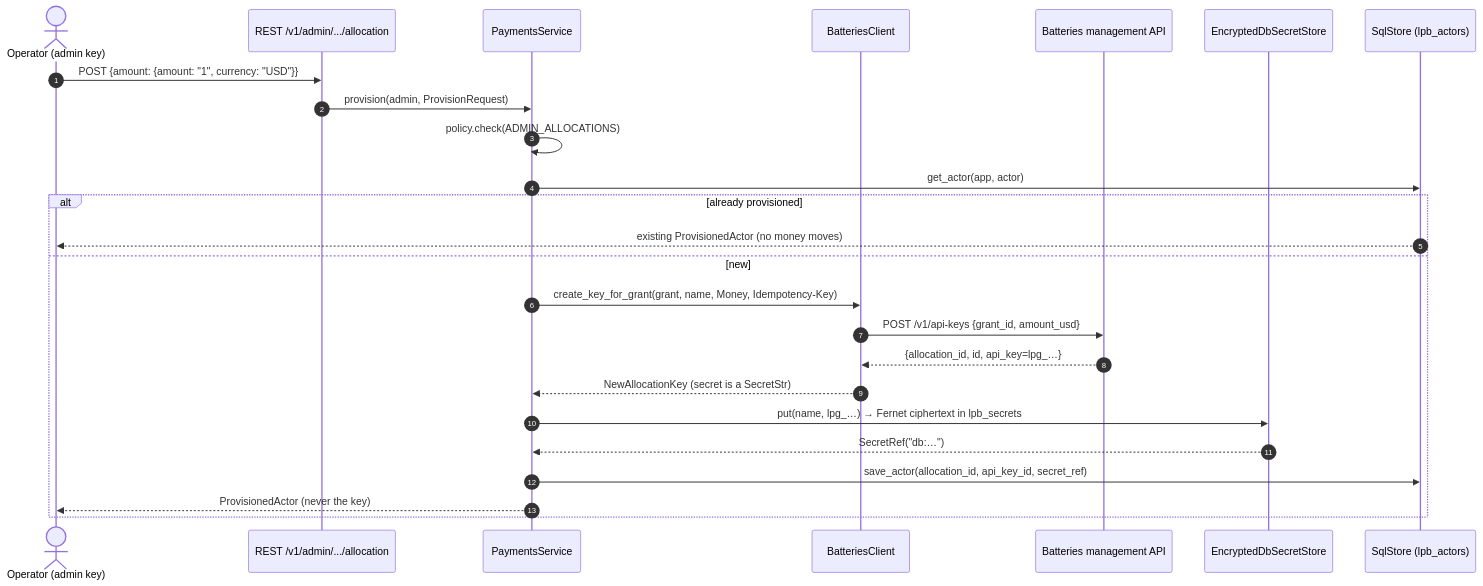
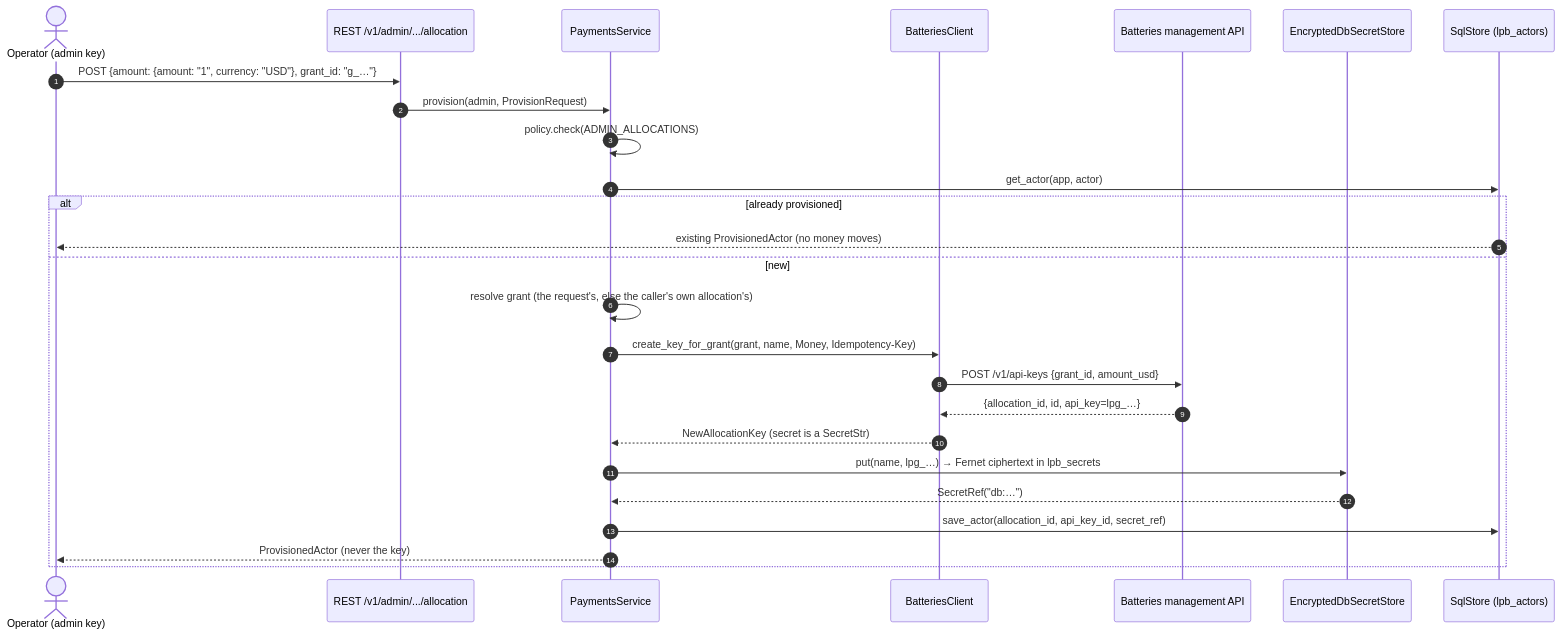
Before and after one commit to NE-Build-Track/livepeer-builder-core: the fifth of 12 diagrams in docs/design-docs/architecture-diagrams.md, drawn with Mermaid. The commit also changed other lines of this file and 20 other files, not shown here.

````diff
--- a/docs/design-docs/architecture-diagrams.md
+++ b/docs/design-docs/architecture-diagrams.md
@@ -154,27 +154,28 @@
 ```mermaid
 sequenceDiagram
     autonumber
     actor Op as Operator (admin key)
     participant H as REST /v1/admin/.../allocation
     participant Pay as PaymentsService
     participant B as BatteriesClient
     participant Bat as Batteries management API
     participant Sec as EncryptedDbSecretStore
     participant DB as SqlStore (lpb_actors)
-    Op->>H: POST {amount: {amount: "1", currency: "USD"}}
+    Op->>H: POST {amount: {amount: "1", currency: "USD"}, grant_id: "g_…"}
     H->>Pay: provision(admin, ProvisionRequest)
     Pay->>Pay: policy.check(ADMIN_ALLOCATIONS)
     Pay->>DB: get_actor(app, actor)
     alt already provisioned
         DB-->>Op: existing ProvisionedActor (no money moves)
     else new
+        Pay->>Pay: resolve grant (the request's, else the caller's own allocation's)
         Pay->>B: create_key_for_grant(grant, name, Money, Idempotency-Key)
         B->>Bat: POST /v1/api-keys {grant_id, amount_usd}
         Bat-->>B: {allocation_id, id, api_key=lpg_…}
         B-->>Pay: NewAllocationKey (secret is a SecretStr)
         Pay->>Sec: put(name, lpg_…) → Fernet ciphertext in lpb_secrets
         Sec-->>Pay: SecretRef("db:…")
         Pay->>DB: save_actor(allocation_id, api_key_id, secret_ref)
         Pay-->>Op: ProvisionedActor (never the key)
     end
 ```
````
